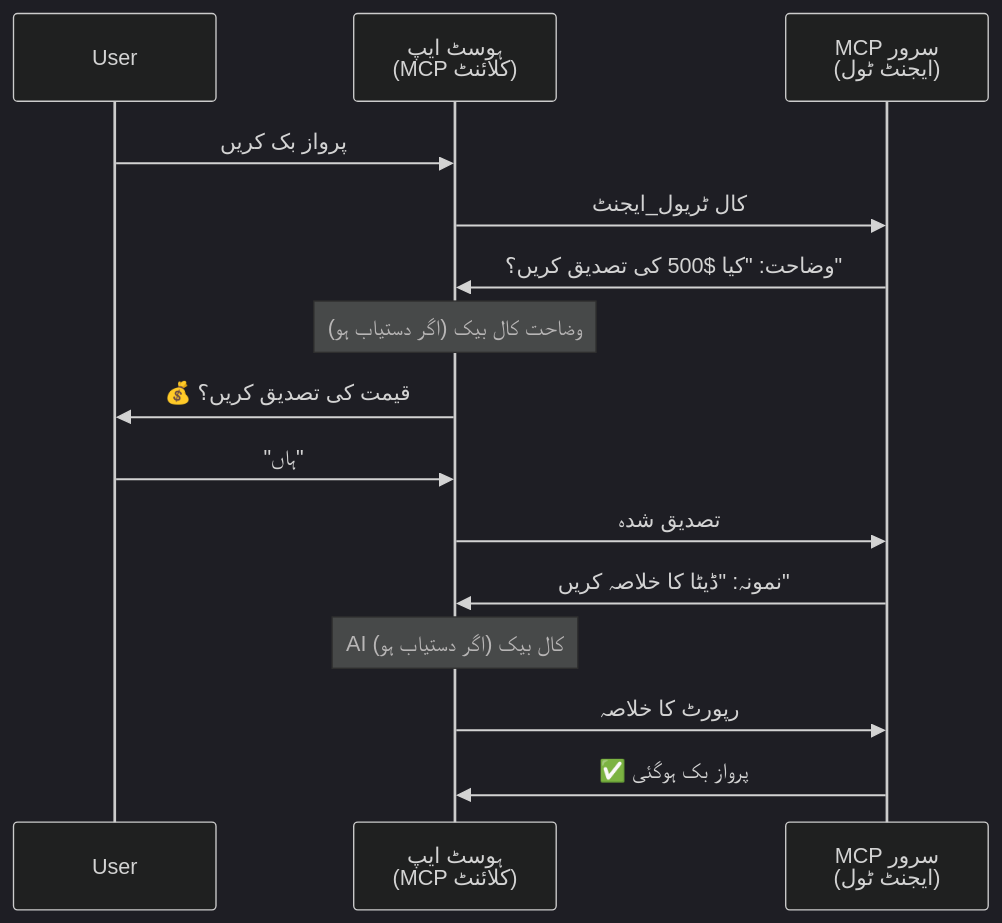
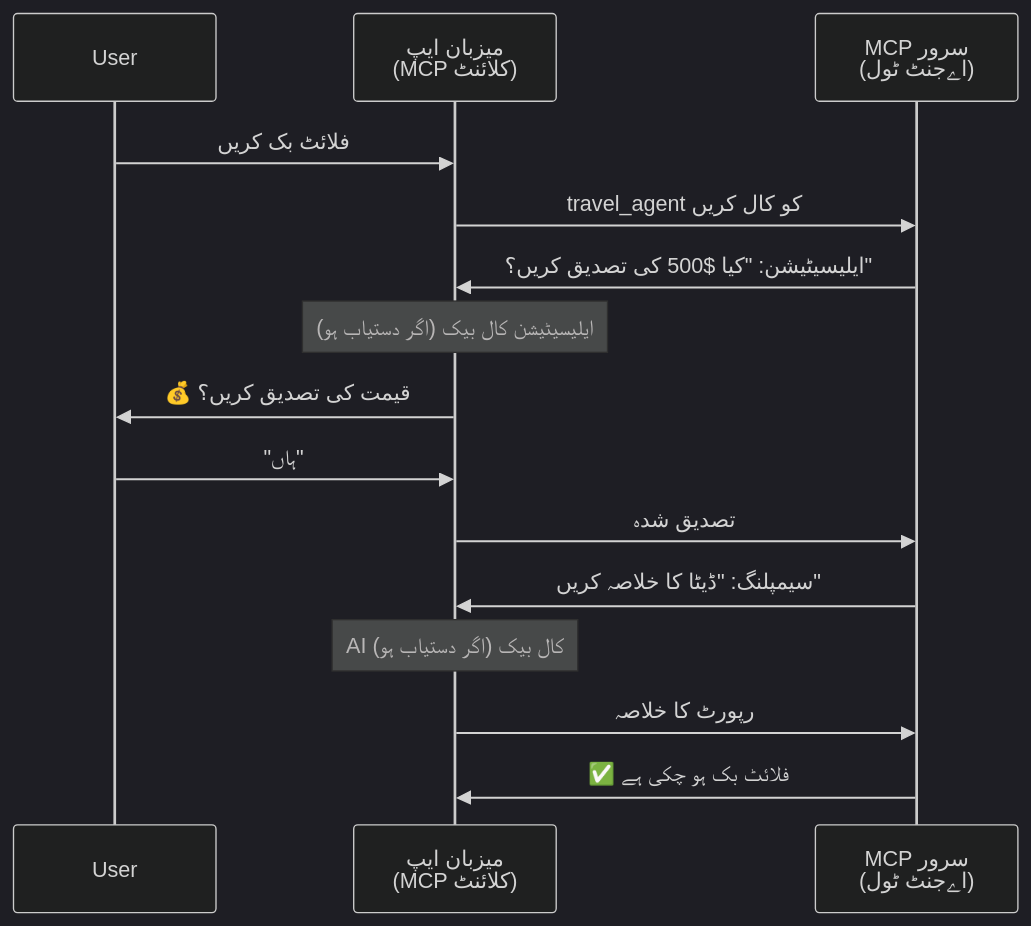
Before and after one commit to gabrielmoreira/agent-skills-mirror: the fourth of 5 diagrams in mirrors/repos/microsoft@ai-agents-for-beginners/translations/ur/11-agentic-protocols/code_samples/mcp-agents/README.md, drawn with Mermaid (dark theme). The commit also changed other lines of this file and 4262 other files, not shown here.

````diff
--- a/mirrors/repos/microsoft@ai-agents-for-beginners/translations/ur/11-agentic-protocols/code_samples/mcp-agents/README.md
+++ b/mirrors/repos/microsoft@ai-agents-for-beginners/translations/ur/11-agentic-protocols/code_samples/mcp-agents/README.md
@@ -163,21 +163,21 @@
 ```mermaid
 sequenceDiagram
     participant User
-    participant Host as ہوسٹ ایپ<br/>(MCP کلائنٹ)
-    participant Server as MCP سرور<br/>(ایجنٹ ٹول)
+    participant Host as میزبان ایپ<br/>(MCP کلائنٹ)
+    participant Server as MCP سرور<br/>(اےجنٹ ٹول)
 
-    User->>Host: پرواز بک کریں
-    Host->>Server: کال ٹریول_ایجنٹ
+    User->>Host: فلائٹ بک کریں
+    Host->>Server: travel_agent کو کال کریں
 
-    Server->>Host: وضاحت: "کیا $500 کی تصدیق کریں؟"
-    Note over Host: وضاحت کال بیک (اگر دستیاب ہو)
+    Server->>Host: ایلیسیٹیشن: "کیا $500 کی تصدیق کریں؟"
+    Note over Host: ایلیسیٹیشن کال بیک (اگر دستیاب ہو)
     Host->>User: 💰 قیمت کی تصدیق کریں؟
     User->>Host: "ہاں"
     Host->>Server: تصدیق شدہ
 
-    Server->>Host: نمونہ: "ڈیٹا کا خلاصہ کریں"
+    Server->>Host: سیمپلنگ: "ڈیٹا کا خلاصہ کریں"
     Note over Host: AI کال بیک (اگر دستیاب ہو)
     Host->>Server: رپورٹ کا خلاصہ
 
-    Server->>Host: ✅ پرواز بک ہوگئی
+    Server->>Host: ✅ فلائٹ بک ہو چکی ہے
 ```
````
